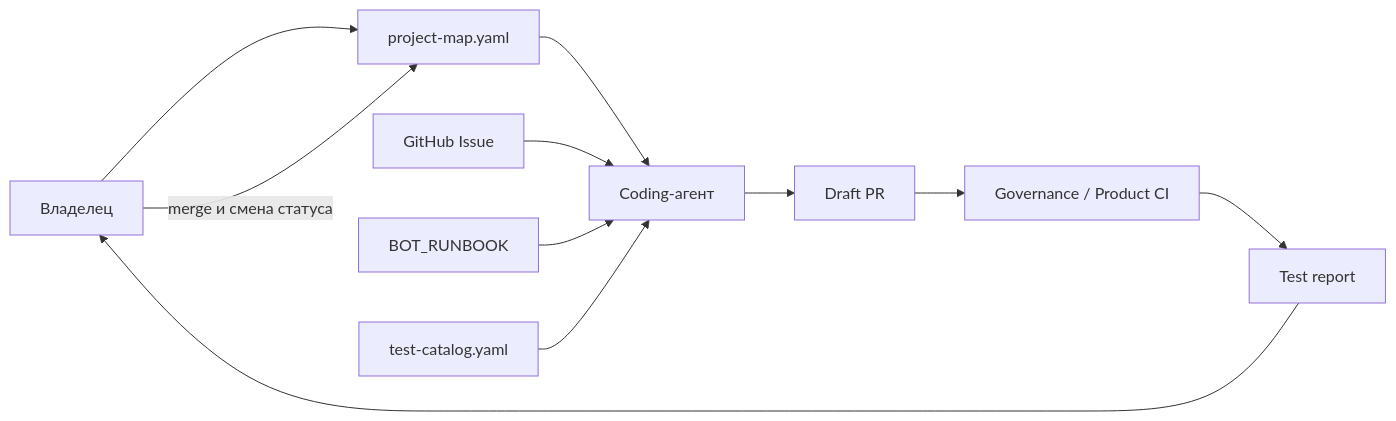
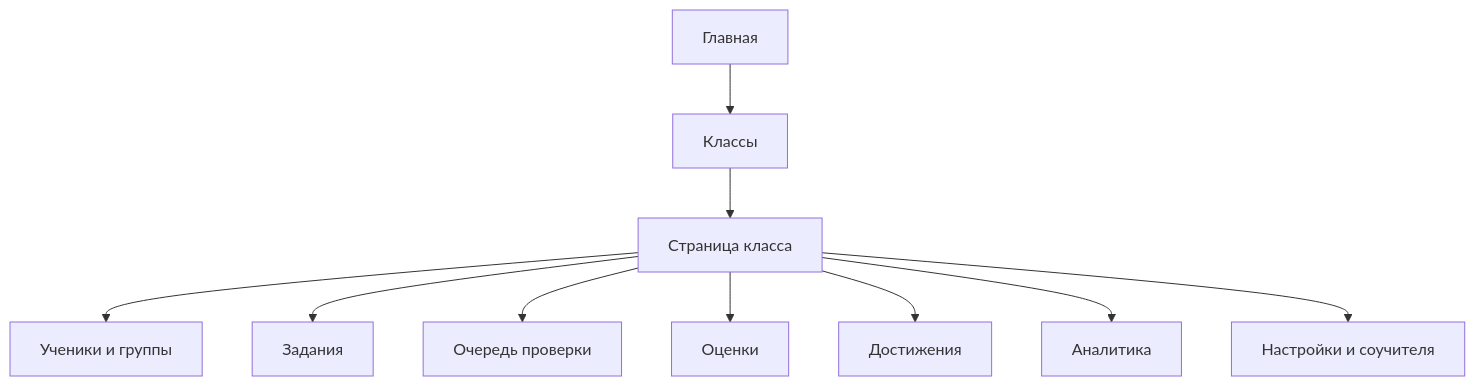
One commit to spikeal8-maker/asa-lab changed the fourth of 9 diagrams in docs/project-map/PROJECT_MAP.md. Above: the diagram before and after it, drawn with Mermaid. The commit also changed other lines of this file, not shown here.

Commit message:
docs(map): update human-readable platform and delivery map

````diff
--- a/docs/project-map/PROJECT_MAP.md
+++ b/docs/project-map/PROJECT_MAP.md
@@ -142,23 +166,23 @@
 ```mermaid
-flowchart LR
-    OWNER["Владелец"]
-    MAP["project-map.yaml"]
-    ISSUE["GitHub Issue"]
-    RUNBOOK["BOT_RUNBOOK"]
-    CATALOG["test-catalog.yaml"]
-    AGENT["Coding-агент"]
-    PR["Draft PR"]
-    CI["Governance / Product CI"]
-    REPORT["Test report"]
+flowchart TB
+    HOME["Главная"]
+    CLASSES["Классы"]
+    CLASS["Страница класса"]
+    ROSTER["Ученики и группы"]
+    ASSIGNMENTS["Задания"]
+    REVIEW["Очередь проверки"]
+    GRADEBOOK["Оценки"]
+    REWARDS["Достижения"]
+    ANALYTICS["Аналитика"]
+    SETTINGS["Настройки и соучителя"]
 
-    OWNER --> MAP
-    MAP --> AGENT
-    ISSUE --> AGENT
-    RUNBOOK --> AGENT
-    CATALOG --> AGENT
-    AGENT --> PR
-    PR --> CI
-    CI --> REPORT
-    REPORT --> OWNER
-    OWNER -->|merge и смена статуса| MAP
+    HOME --> CLASSES
+    CLASSES --> CLASS
+    CLASS --> ROSTER
+    CLASS --> ASSIGNMENTS
+    CLASS --> REVIEW
+    CLASS --> GRADEBOOK
+    CLASS --> REWARDS
+    CLASS --> ANALYTICS
+    CLASS --> SETTINGS
 ```
````
